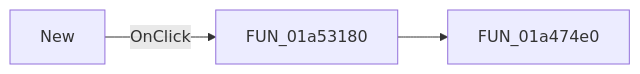
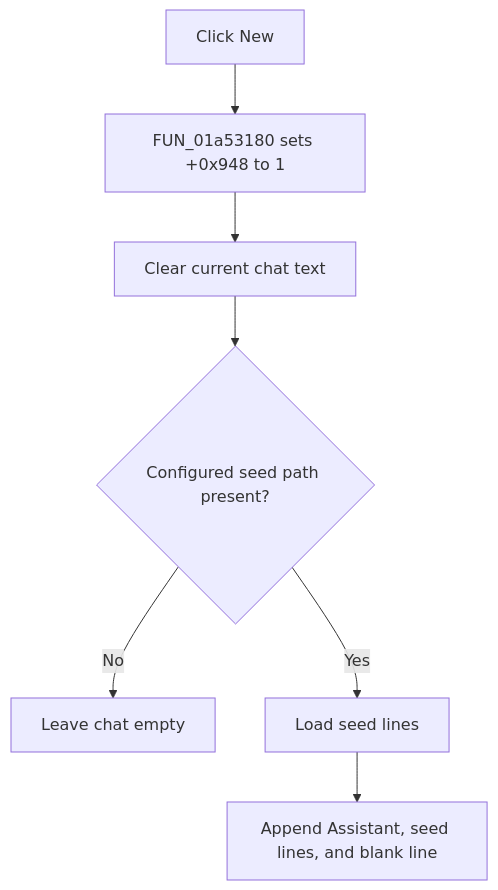
The diagram in docs/ui-controls/localllmform/mnnew-4a25d13924.md (MovGP0/TIARA), drawn with Mermaid before and after one commit. The commit also changed other lines of this file and 1062 other files, not shown here.

````diff
--- a/docs/ui-controls/localllmform/mnnew-4a25d13924.md
+++ b/docs/ui-controls/localllmform/mnnew-4a25d13924.md
@@ -27,5 +29,9 @@
 ```mermaid
-flowchart LR
-    control["New"] -->|OnClick| handler["FUN_01a53180"]
-    handler --> call1["FUN_01a474e0"]
+flowchart TD
+    control["Click New"] --> handler["FUN_01a53180 sets +0x948 to 1"]
+    handler --> clear["Clear current chat text"]
+    clear --> seed{"Configured seed path present?"}
+    seed -->|No| empty["Leave chat empty"]
+    seed -->|Yes| load["Load seed lines"]
+    load --> append["Append Assistant, seed lines, and blank line"]
 ```
````
